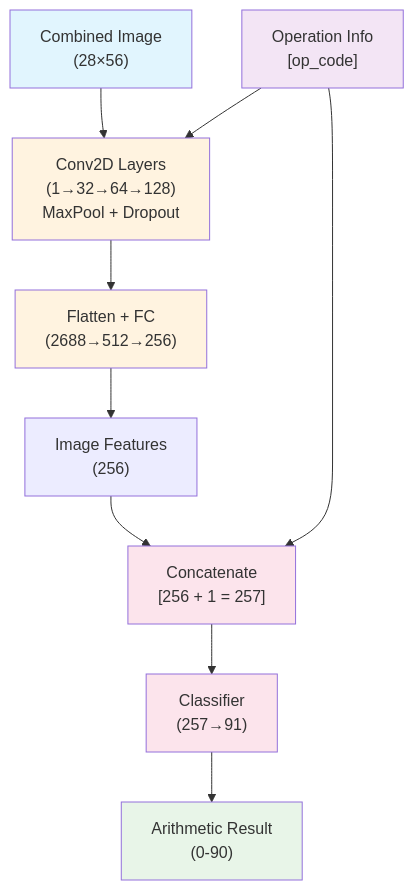
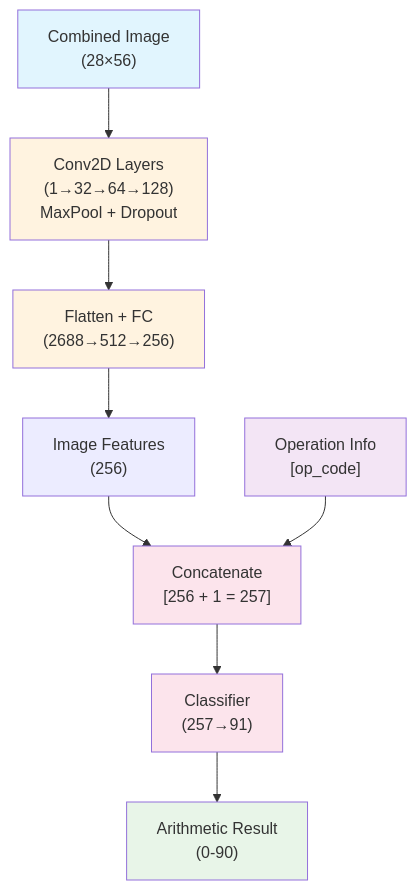
Before and after one commit to kasemsit/261459_mnist_arithmetic: the first of 2 diagrams in README.md, drawn with Mermaid.

Commit message:
fix archtecture 1's graph

````diff
--- a/README.md
+++ b/README.md
@@ -26,19 +26,18 @@
 ```mermaid
 graph TD
-    A["Combined Image<br/>(28×56)"] --> B["Conv2D Layers<br/>(1→32→64→128)<br/>MaxPool + Dropout"]
-    C["Operation Info<br/>[op_code]"] --> B
+    A["Combined Image<br/>(28×56)"] --> B["Conv2D Layers<br/>(1→32→64→128)<br/>MaxPool + Dropout"]    
     B --> D["Flatten + FC<br/>(2688→512→256)"]
     D --> E["Image Features<br/>(256)"]
     E --> F["Concatenate<br/>[256 + 1 = 257]"]
-    C --> F
+    C["Operation Info<br/>[op_code]"] --> F
     F --> G["Classifier<br/>(257→91)"]
     G --> H["Arithmetic Result<br/>(0-90)"]
 
     style A fill:#e1f5fe
     style C fill:#f3e5f5
     style H fill:#e8f5e8
     style B fill:#fff3e0
     style D fill:#fff3e0
     style F fill:#fce4ec
     style G fill:#fce4ec
 ```
````
